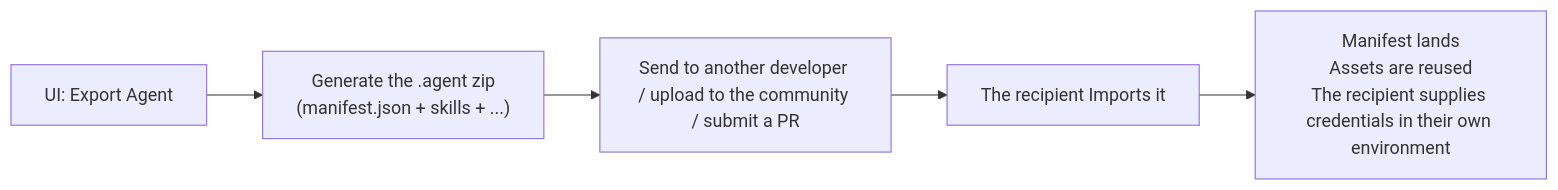
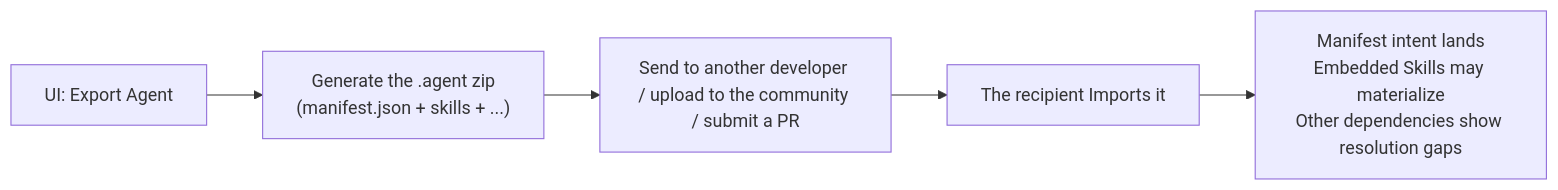
One commit to langgenius/mosoo changed the second of 3 diagrams in docs/prd/agent-manifest.md. Above: the diagram before and after it, drawn with Mermaid. The commit also changed other lines of this file and 66 other files, not shown here.

````diff
--- a/docs/prd/agent-manifest.md
+++ b/docs/prd/agent-manifest.md
@@ -202,7 +238,7 @@
 ```mermaid
 flowchart LR
   A["UI: Export Agent"] --> B["Generate the .agent zip<br/>(manifest.json + skills + ...)"]
   B --> C["Send to another developer / upload to the community / submit a PR"]
   C --> D["The recipient Imports it"]
-  D --> E["Manifest lands<br/>Assets are reused<br/>The recipient supplies credentials in their own environment"]
+  D --> E["Manifest intent lands<br/>Embedded Skills may materialize<br/>Other dependencies show resolution gaps"]
 ```
````
